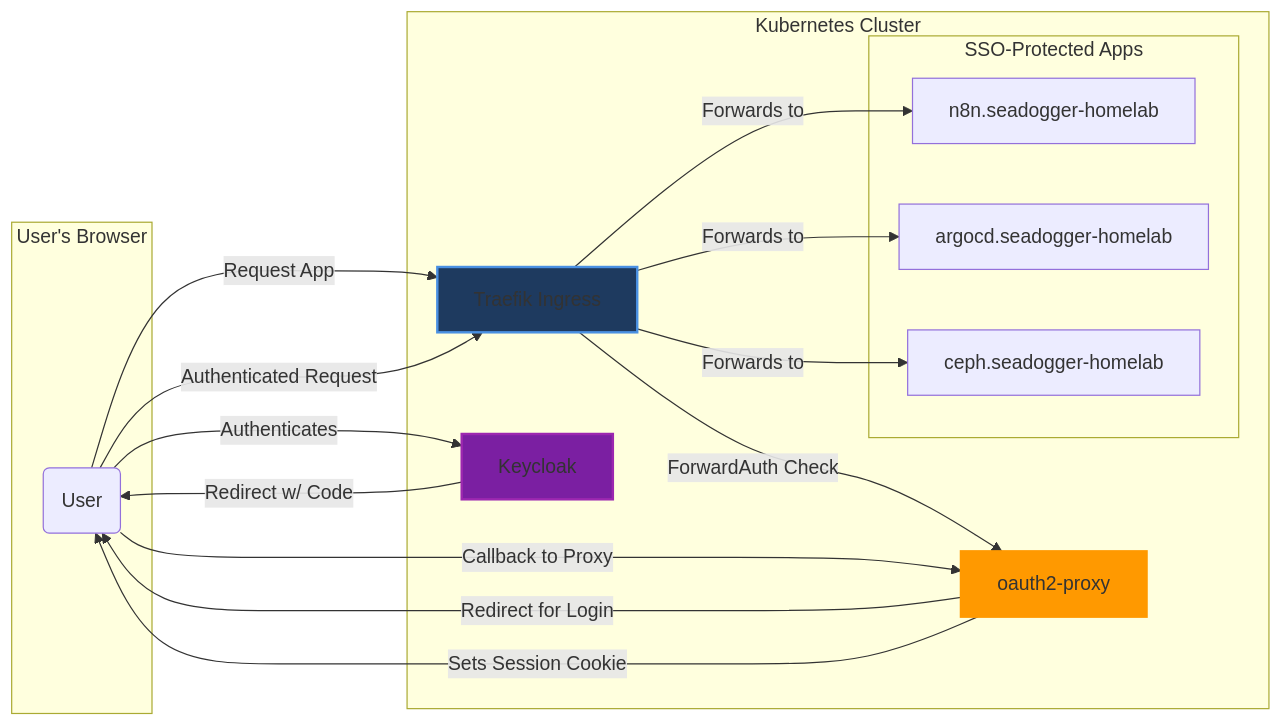
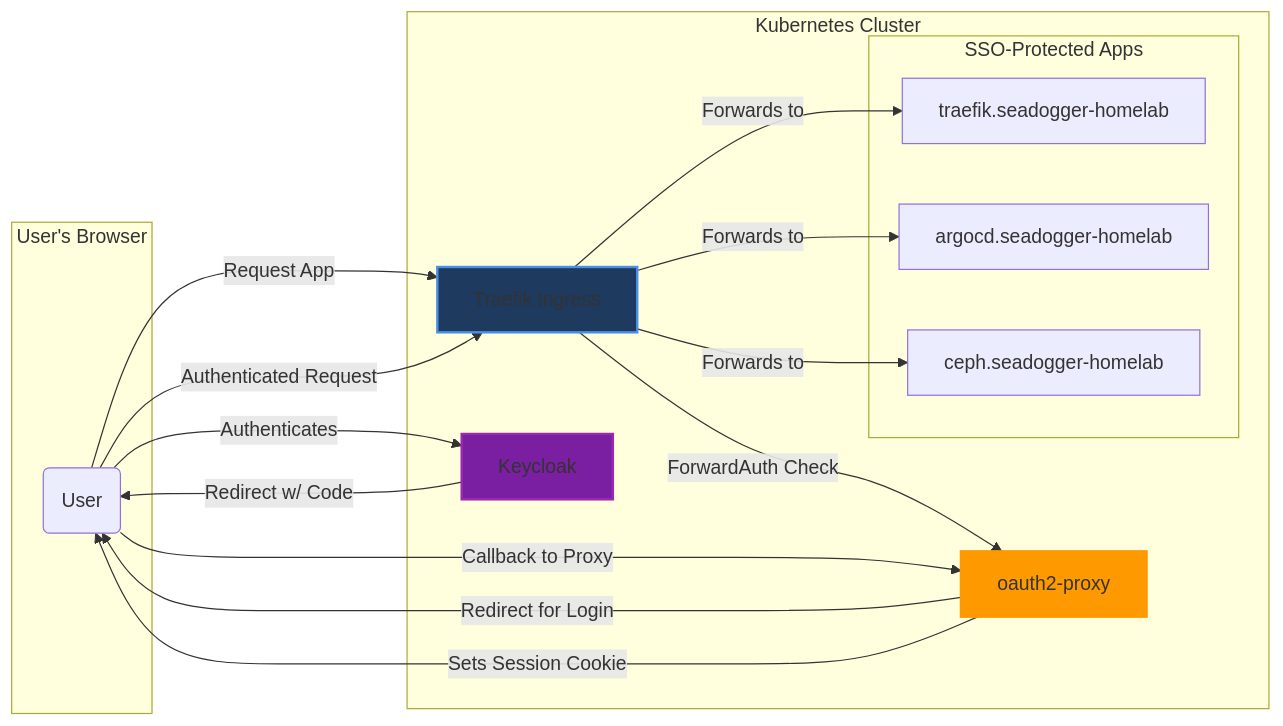
The fifth of 8 diagrams in docs/wiki/08-Security-and-Certificates.md (seadogger-tech/seadogger-homelab), drawn with Mermaid before and after one commit. The commit also changed other lines of this file and 21 other files, not shown here.

````diff
--- a/docs/wiki/08-Security-and-Certificates.md
+++ b/docs/wiki/08-Security-and-Certificates.md
@@ -237,34 +242,34 @@
 ```mermaid
 graph LR
     subgraph "User's Browser"
         U(User)
     end
 
     subgraph "Kubernetes Cluster"
         T[Traefik Ingress]
         O[oauth2-proxy]
         K[Keycloak]
         subgraph "SSO-Protected Apps"
-            A2[n8n.seadogger-homelab]
+            A2[traefik.seadogger-homelab]
             A6[argocd.seadogger-homelab]
             A7[ceph.seadogger-homelab]
         end
     end
 
     U -- "Request App" --> T
     T -- "ForwardAuth Check" --> O
     O -- "Redirect for Login" --> U
     U -- "Authenticates" --> K
     K -- "Redirect w/ Code" --> U
     U -- "Callback to Proxy" --> O
     O -- "Sets Session Cookie" --> U
     U -- "Authenticated Request" --> T
     
     T -- "Forwards to" --> A2
     T -- "Forwards to" --> A6
     T -- "Forwards to" --> A7
 
     style T fill:#1e3a5f,stroke:#4a90e2,stroke-width:2px
     style O fill:#ff9900,stroke:#ff9900,stroke-width:2px
     style K fill:#7b1fa2,stroke:#9c27b0,stroke-width:2px
 ```
````
